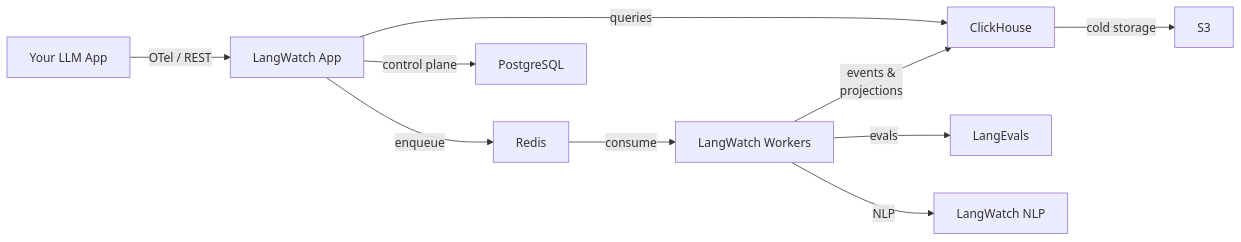
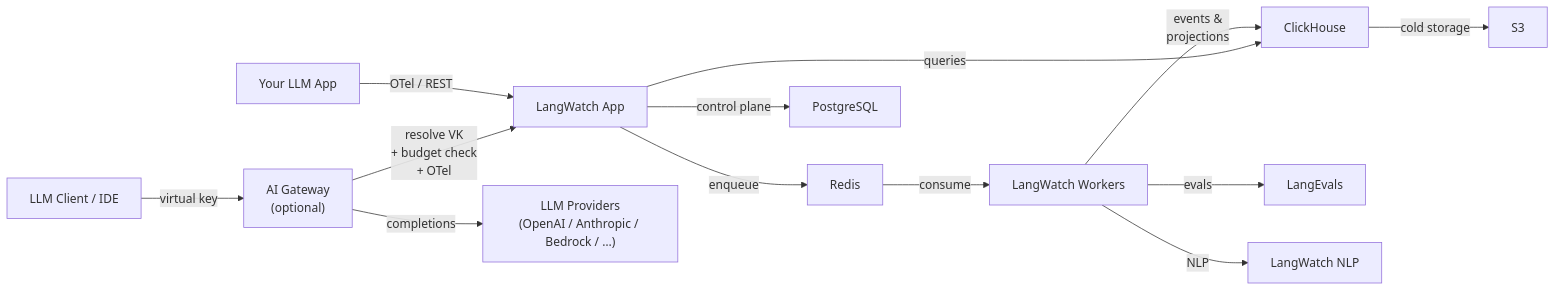
One commit to langwatch/langwatch changed the diagram in docs/self-hosting/overview.mdx. Above: the diagram before and after it, drawn with Mermaid. The commit also changed other lines of this file and 2 other files, not shown here.

````diff
--- a/docs/self-hosting/overview.mdx
+++ b/docs/self-hosting/overview.mdx
@@ -29,12 +29,15 @@
 ```mermaid
 graph LR
     SDK["Your LLM App"] -->|"OTel / REST"| App["LangWatch App"]
+    Client["LLM Client / IDE"] -->|"virtual key"| Gateway["AI Gateway<br/>(optional)"]
+    Gateway -->|"resolve VK<br/>+ budget check<br/>+ OTel"| App
+    Gateway -->|"completions"| Providers["LLM Providers<br/>(OpenAI / Anthropic / Bedrock / …)"]
     App -->|"enqueue"| Redis["Redis"]
     Redis -->|"consume"| Workers["LangWatch Workers"]
     Workers -->|"events &<br/>projections"| CH["ClickHouse"]
     Workers -->|"evals"| Evals["LangEvals"]
     Workers -->|"NLP"| NLP["LangWatch NLP"]
     App -->|"queries"| CH
     App -->|"control plane"| PG["PostgreSQL"]
     CH -->|"cold storage"| S3["S3"]
 ```
````
